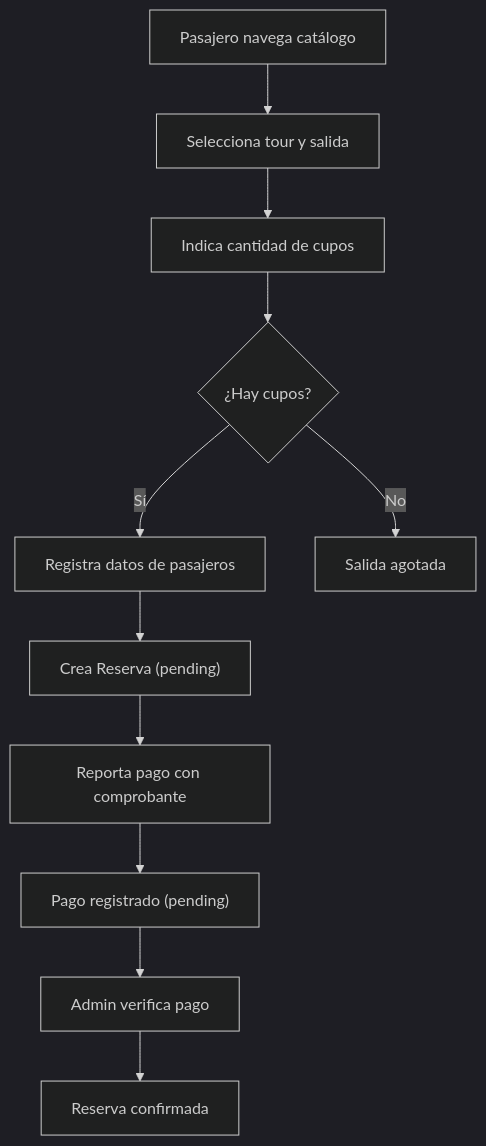
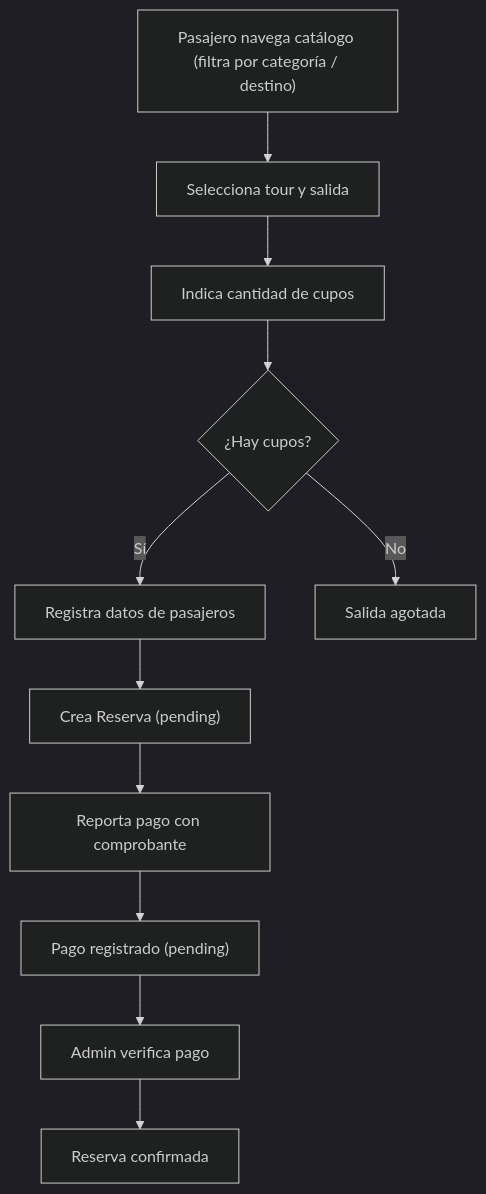
The fourth of 6 diagrams in docs/mvp-architecture.md (verlumyx/travel_demo), drawn with Mermaid (dark theme) before and after one commit. The commit also changed other lines of this file and 1 other file, not shown here.

````diff
--- a/docs/mvp-architecture.md
+++ b/docs/mvp-architecture.md
@@ -891,13 +945,13 @@
 ```mermaid
 flowchart TD
-    A["Pasajero navega catálogo"] --> B["Selecciona tour y salida"]
+    A["Pasajero navega catálogo (filtra por categoría / destino)"] --> B["Selecciona tour y salida"]
     B --> C["Indica cantidad de cupos"]
     C --> D{"¿Hay cupos?"}
     D -- Sí --> E["Registra datos de pasajeros"]
     E --> F["Crea Reserva (pending)"]
     F --> G["Reporta pago con comprobante"]
     G --> H["Pago registrado (pending)"]
     H --> I["Admin verifica pago"]
     I --> J["Reserva confirmada"]
     D -- No --> K["Salida agotada"]
 ```
````
